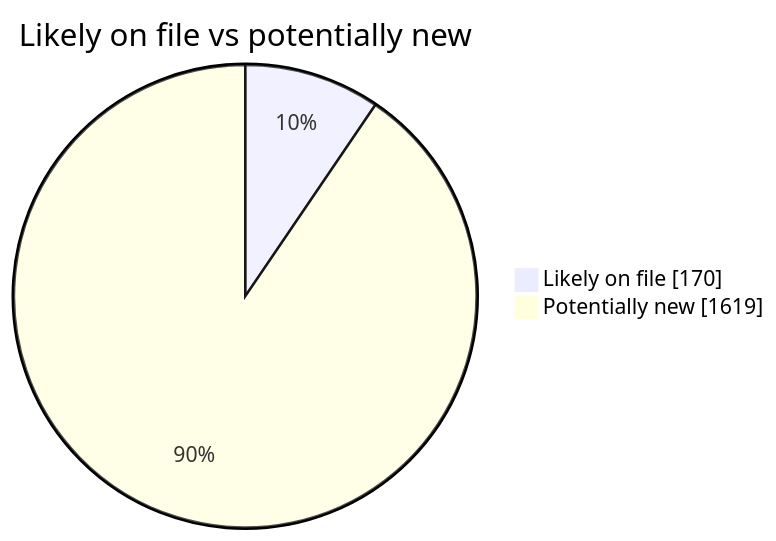
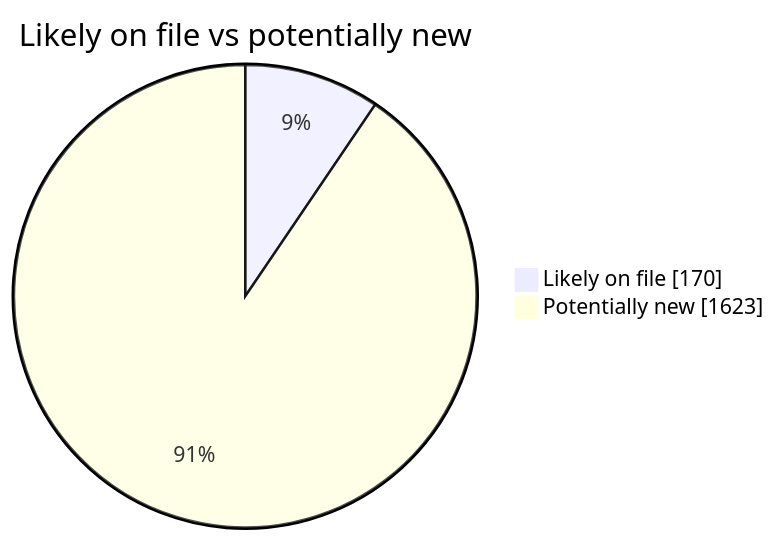
The second of 4 diagrams in README.md (martinbalfanz/social-scanner-reports), drawn with Mermaid before and after one commit. The commit also changed other lines of this file and 4 other files, not shown here.

````diff
--- a/README.md
+++ b/README.md
@@ -40,5 +40,5 @@
 ```mermaid
 pie showData title Likely on file vs potentially new
     "Likely on file" : 170
-    "Potentially new" : 1619
+    "Potentially new" : 1623
 ```
````
